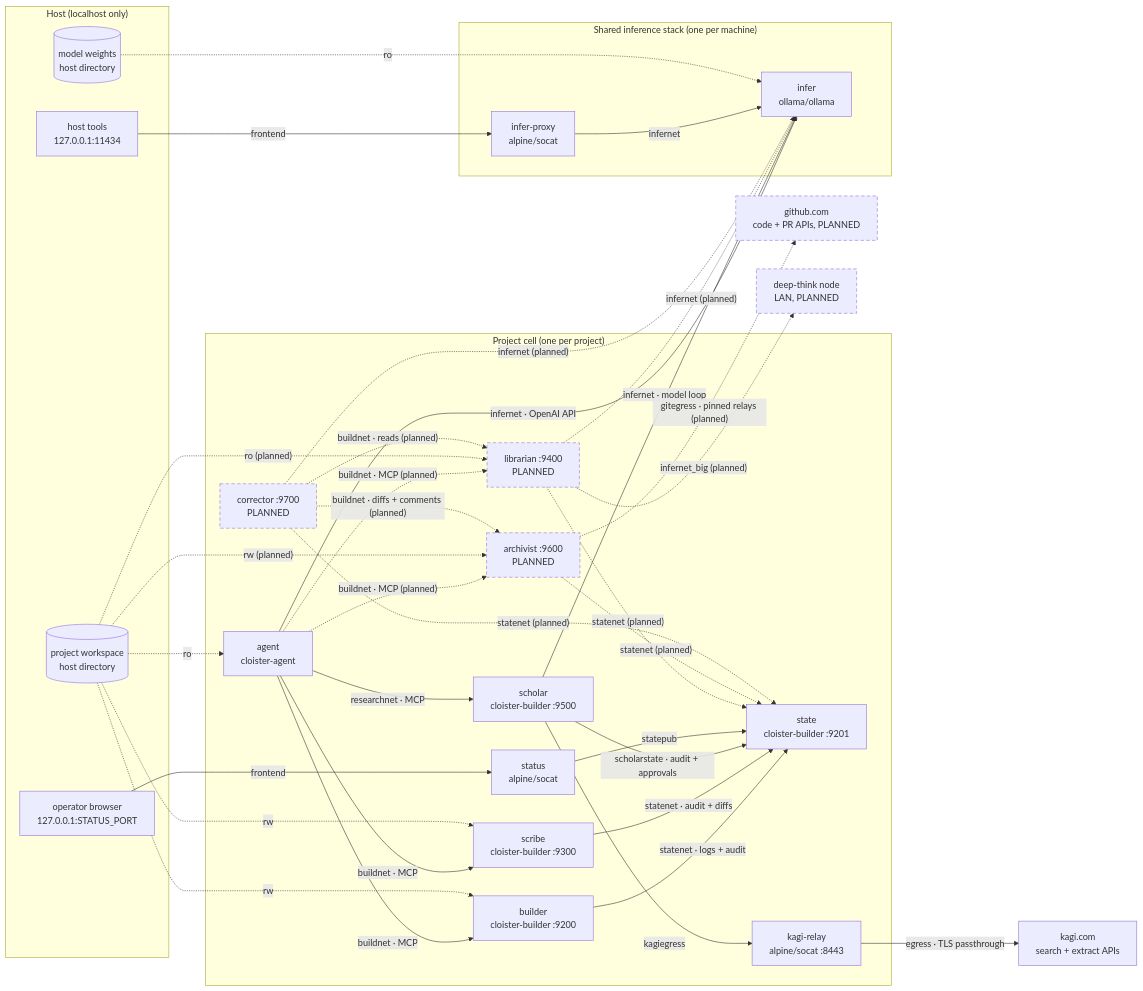
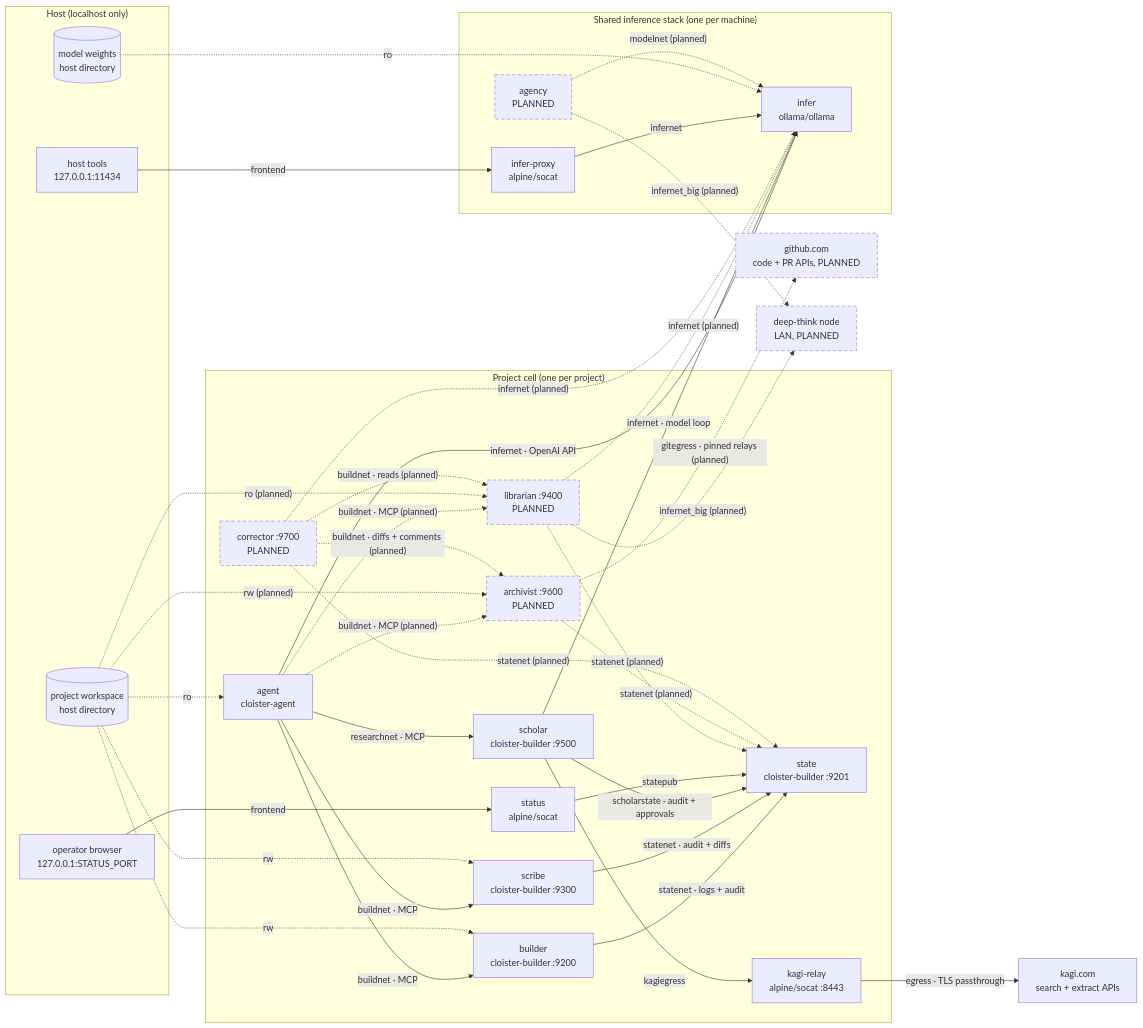
The diagram in docs/ARCHITECTURE.md (jeffbstewart/cloister), drawn with Mermaid before and after one commit. The commit also changed other lines of this file and 1 other file, not shown here.

````diff
--- a/docs/ARCHITECTURE.md
+++ b/docs/ARCHITECTURE.md
@@ -17,68 +17,71 @@
 ```mermaid
 flowchart LR
   subgraph host["Host (localhost only)"]
     op["operator browser<br/>127.0.0.1:STATUS_PORT"]
     dbg["host tools<br/>127.0.0.1:11434"]
     ws[("project workspace<br/>host directory")]
     models[("model weights<br/>host directory")]
   end
 
   subgraph cell["Project cell (one per project)"]
     agent["agent<br/>cloister-agent"]
     builder["builder<br/>cloister-builder :9200"]
     scribe["scribe<br/>cloister-builder :9300"]
     scholar["scholar<br/>cloister-builder :9500"]
     state["state<br/>cloister-builder :9201"]
     status["status<br/>alpine/socat"]
     krelay["kagi-relay<br/>alpine/socat :8443"]
     librarian["librarian :9400<br/>PLANNED"]
     archivist["archivist :9600<br/>PLANNED"]
     corrector["corrector :9700<br/>PLANNED"]
   end
 
   subgraph infra["Shared inference stack (one per machine)"]
     infer["infer<br/>ollama/ollama"]
     iproxy["infer-proxy<br/>alpine/socat"]
+    agency["agency<br/>PLANNED"]
   end
 
   kagi["kagi.com<br/>search + extract APIs"]
   gh["github.com<br/>code + PR APIs, PLANNED"]
   mac["deep-think node<br/>LAN, PLANNED"]
 
   agent -- "buildnet · MCP" --> builder
   agent -- "buildnet · MCP" --> scribe
   agent -- "researchnet · MCP" --> scholar
   agent -- "infernet · OpenAI API" --> infer
   scholar -- "infernet · model loop" --> infer
   builder -- "statenet · logs + audit" --> state
   scribe -- "statenet · audit + diffs" --> state
   scholar -- "scholarstate · audit + approvals" --> state
   scholar -- "kagiegress" --> krelay
   krelay -- "egress · TLS passthrough" --> kagi
   op -- "frontend" --> status
   status -- "statepub" --> state
   dbg -- "frontend" --> iproxy
   iproxy -- "infernet" --> infer
 
   ws -. "ro" .-> agent
   ws -. "rw" .-> builder
   ws -. "rw" .-> scribe
   models -. "ro" .-> infer
 
   agent -. "buildnet · MCP (planned)" .-> librarian
   ws -. "ro (planned)" .-> librarian
   librarian -. "infernet (planned)" .-> infer
   librarian -. "statenet (planned)" .-> state
   librarian -. "infernet_big (planned)" .-> mac
   agent -. "buildnet · MCP (planned)" .-> archivist
   ws -. "rw (planned)" .-> archivist
   archivist -. "statenet (planned)" .-> state
   archivist -. "gitegress · pinned relays (planned)" .-> gh
   corrector -. "buildnet · reads (planned)" .-> librarian
   corrector -. "buildnet · diffs + comments (planned)" .-> archivist
   corrector -. "infernet (planned)" .-> infer
   corrector -. "statenet (planned)" .-> state
+  agency -. "modelnet (planned)" .-> infer
+  agency -. "infernet_big (planned)" .-> mac
 
   classDef planned stroke-dasharray: 6 4;
-  class librarian,archivist,corrector,gh,mac planned
+  class librarian,archivist,corrector,gh,mac,agency planned
 ```
````
